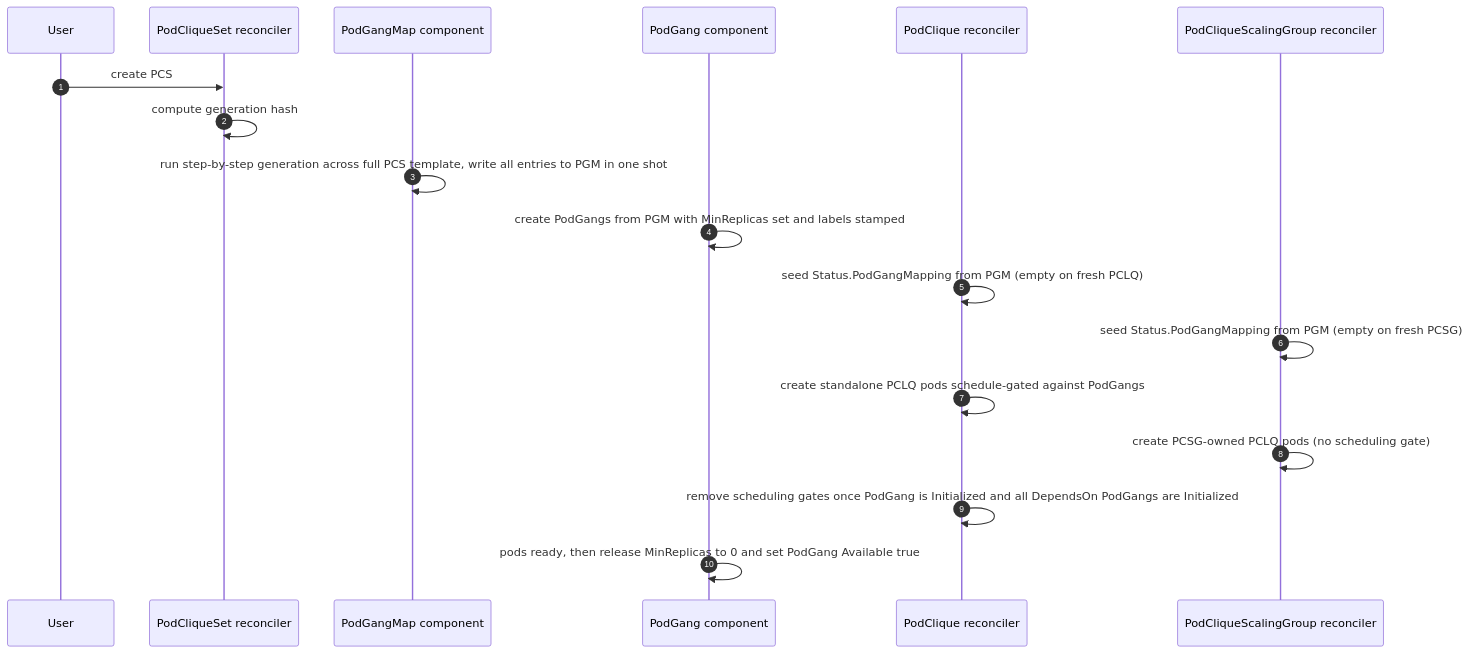
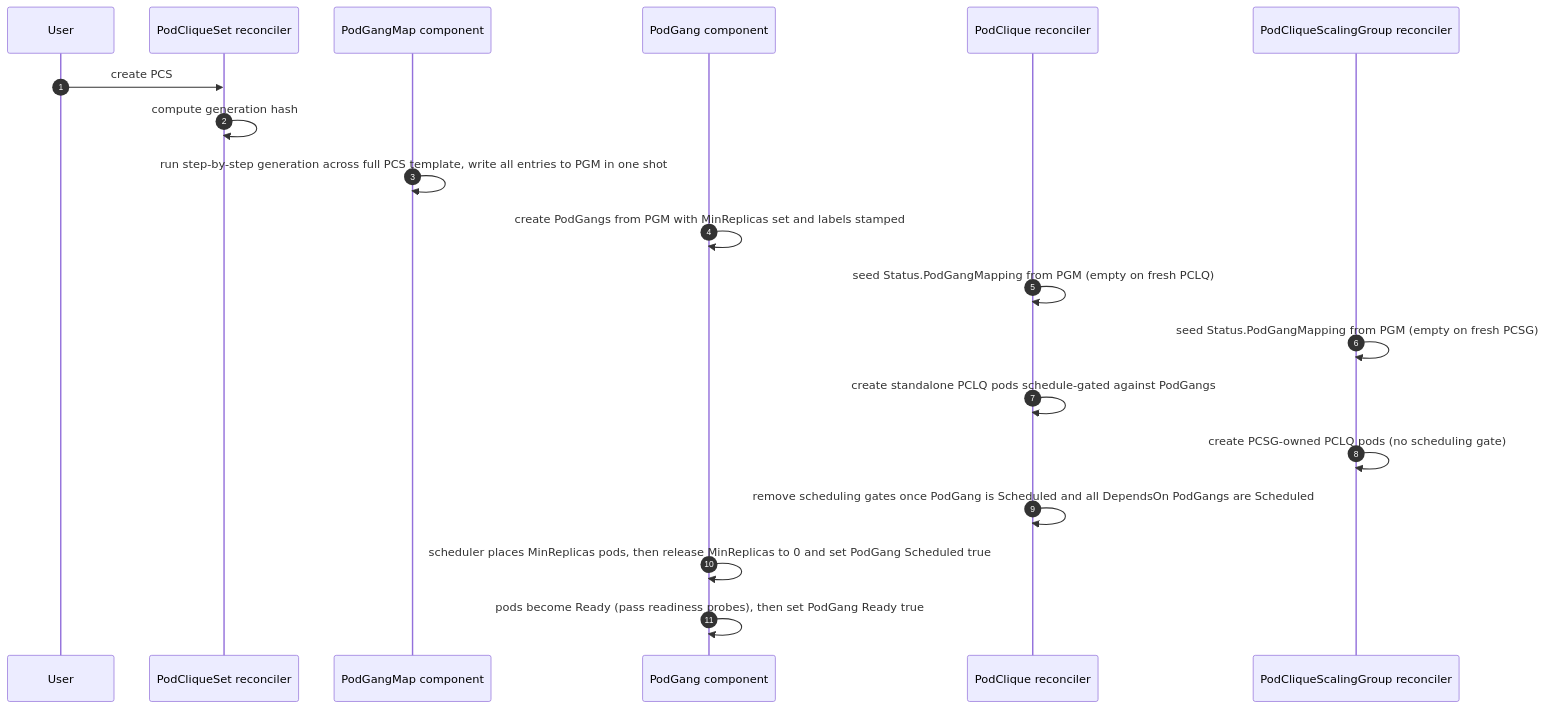
The first of 5 diagrams in docs/proposals/393-coherent-rolling-updates/README.md (ai-dynamo/grove), drawn with Mermaid before and after one commit. The commit also changed other lines of this file, not shown here.

````diff
--- a/docs/proposals/393-coherent-rolling-updates/README.md
+++ b/docs/proposals/393-coherent-rolling-updates/README.md
@@ -528,21 +523,22 @@
 ```mermaid
 sequenceDiagram
   autonumber
   participant User
   participant PCS as PodCliqueSet reconciler
   participant PGM as PodGangMap component
   participant PG as PodGang component
   participant PCLQ as PodClique reconciler
   participant PCSG as PodCliqueScalingGroup reconciler
 
   User->>PCS: create PCS
   PCS->>PCS: compute generation hash
   PGM->>PGM: run step-by-step generation across full PCS template, write all entries to PGM in one shot
   PG->>PG: create PodGangs from PGM with MinReplicas set and labels stamped
   PCLQ->>PCLQ: seed Status.PodGangMapping from PGM (empty on fresh PCLQ)
   PCSG->>PCSG: seed Status.PodGangMapping from PGM (empty on fresh PCSG)
   PCLQ->>PCLQ: create standalone PCLQ pods schedule-gated against PodGangs
   PCSG->>PCSG: create PCSG-owned PCLQ pods (no scheduling gate)
-  PCLQ->>PCLQ: remove scheduling gates once PodGang is Initialized and all DependsOn PodGangs are Initialized
-  PG->>PG: pods ready, then release MinReplicas to 0 and set PodGang Available true
+  PCLQ->>PCLQ: remove scheduling gates once PodGang is Scheduled and all DependsOn PodGangs are Scheduled
+  PG->>PG: scheduler places MinReplicas pods, then release MinReplicas to 0 and set PodGang Scheduled true
+  PG->>PG: pods become Ready (pass readiness probes), then set PodGang Ready true
 ```
````
